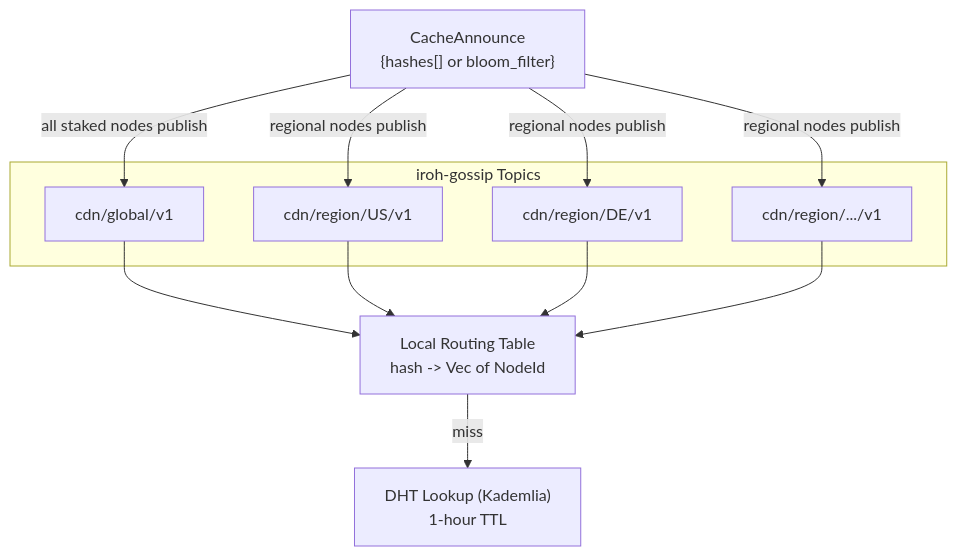
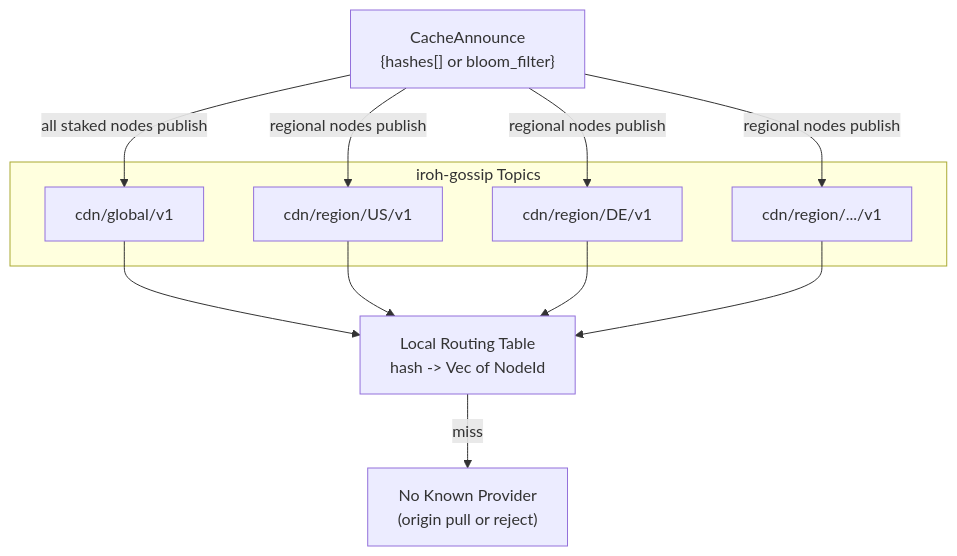
The diagram in adr/001-network.md (decdn/decdn), drawn with Mermaid before and after one commit. The commit also changed other lines of this file and 1 other file, not shown here.

First line of the commit message:
docs: defer DHT/Kademlia to post-PoC, document gossip-only discovery (#23)

````diff
--- a/adr/001-network.md
+++ b/adr/001-network.md
@@ -19,23 +19,23 @@
 ```mermaid
 graph TD
     subgraph Topics["iroh-gossip Topics"]
         GLOBAL["cdn/global/v1"]
         REG_US["cdn/region/US/v1"]
         REG_DE["cdn/region/DE/v1"]
         REG_ETC["cdn/region/.../v1"]
     end
 
     CA["CacheAnnounce<br/>{hashes[] or bloom_filter}"]
 
     CA -->|all staked nodes publish| GLOBAL
     CA -->|regional nodes publish| REG_US
     CA -->|regional nodes publish| REG_DE
     CA -->|regional nodes publish| REG_ETC
 
     GLOBAL --> RT["Local Routing Table<br/>hash -> Vec of NodeId"]
     REG_US --> RT
     REG_DE --> RT
     REG_ETC --> RT
 
-    RT -->|miss| DHT["DHT Lookup (Kademlia)<br/>1-hour TTL"]
+    RT -->|miss| MISS["No Known Provider<br/>(origin pull or reject)"]
 ```
````
